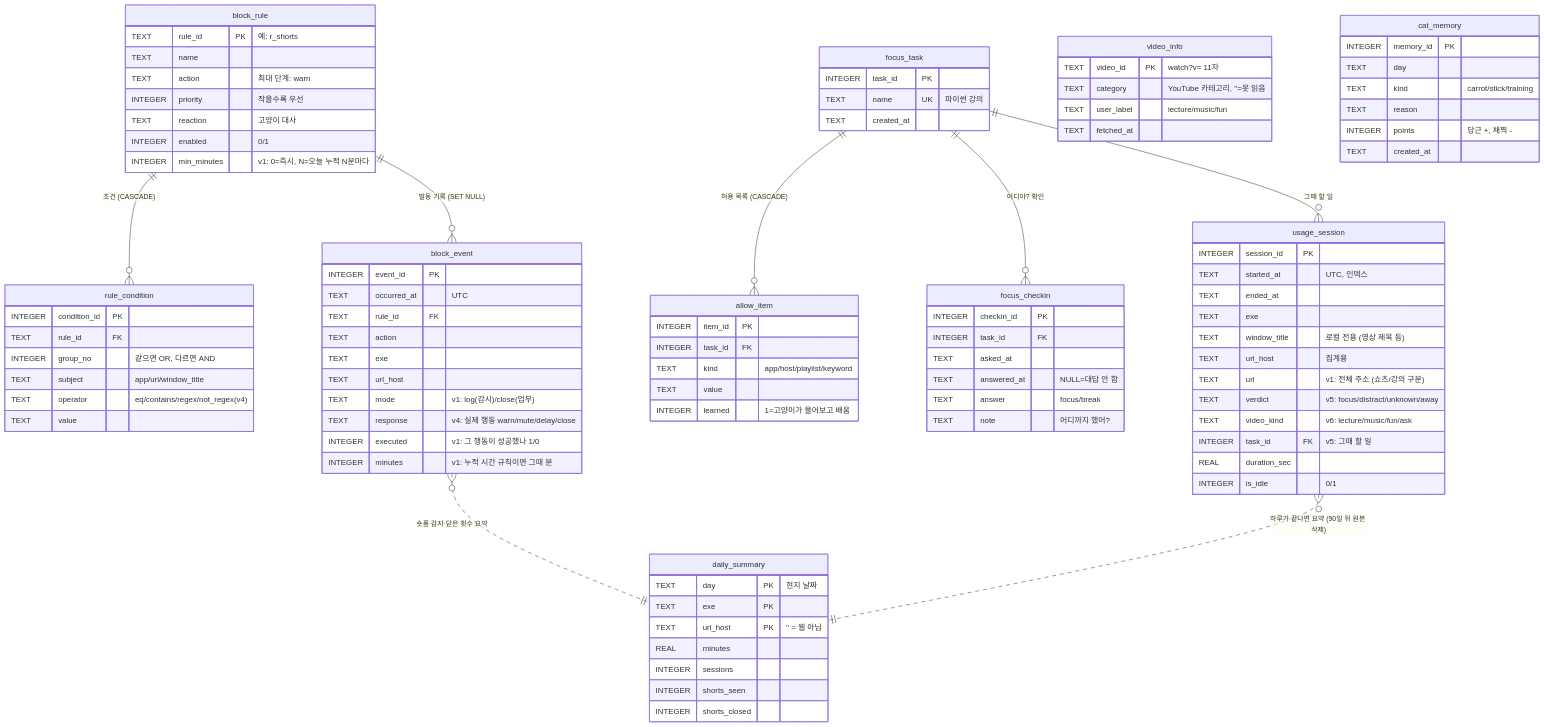
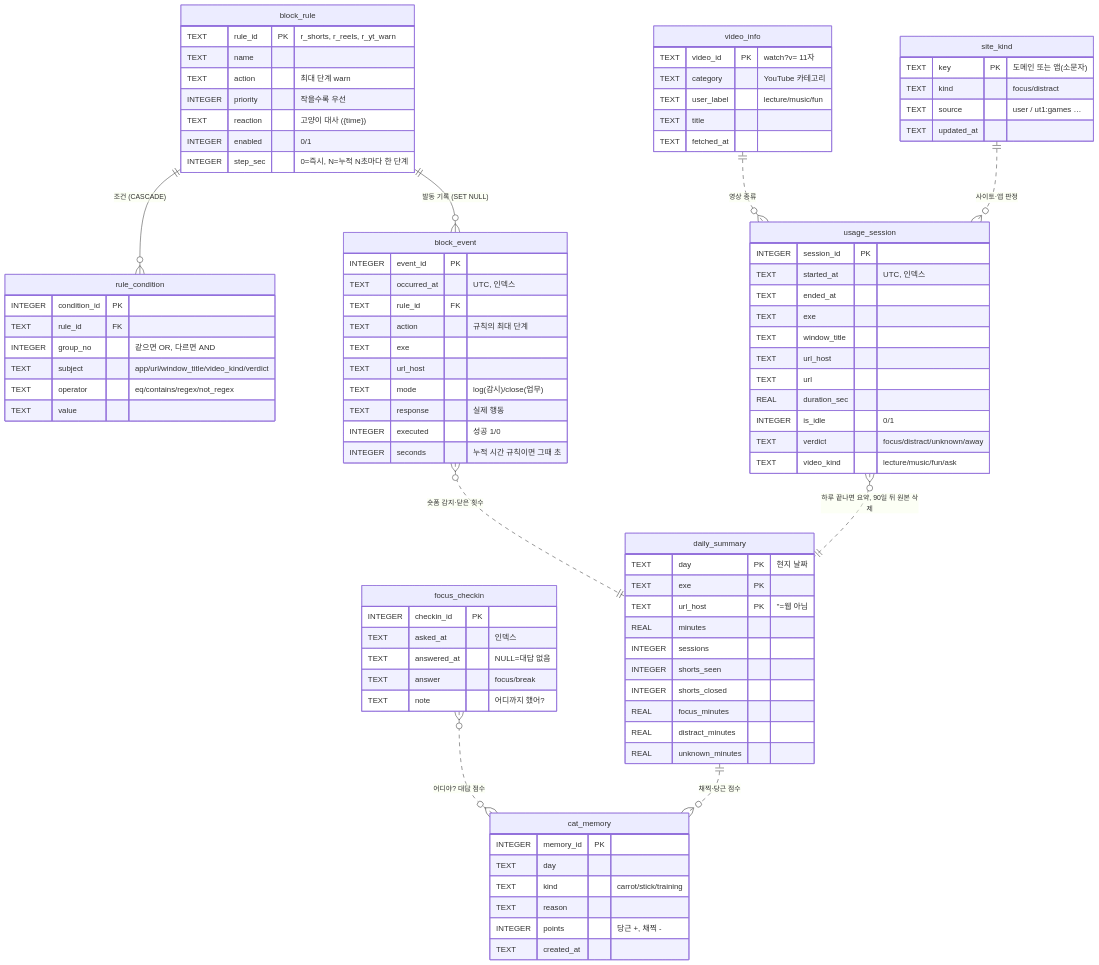
Before and after one commit to lyw012012-cpu/cat-cat: the diagram in 설계/sqlite(db설계도).md, drawn with Mermaid. The commit also changed other lines of this file and 5 other files, not shown here.

````diff
--- a/설계/sqlite(db설계도).md
+++ b/설계/sqlite(db설계도).md
@@ -10,47 +10,86 @@
 erDiagram
     block_rule ||--o{ rule_condition : "조건 (CASCADE)"
     block_rule ||--o{ block_event : "발동 기록 (SET NULL)"
-    usage_session }o..|| daily_summary : "하루가 끝나면 요약 (90일 뒤 원본 삭제)"
-    block_event }o..|| daily_summary : "숏폼 감지·닫은 횟수 요약"
+    usage_session }o..|| daily_summary : "하루 끝나면 요약, 90일 뒤 원본 삭제"
+    block_event }o..|| daily_summary : "숏폼 감지·닫은 횟수"
+    daily_summary ||..o{ cat_memory : "채찍·당근 점수"
+    focus_checkin }o..o{ cat_memory : "어디야? 대답 점수"
+    site_kind ||..o{ usage_session : "사이트·앱 판정"
+    video_info ||..o{ usage_session : "영상 종류"
 
+    block_rule {
+        TEXT rule_id PK "r_shorts, r_reels, r_yt_warn"
+        TEXT name
+        TEXT action "최대 단계 warn<mute<delay<close"
+        INTEGER priority "작을수록 우선"
+        TEXT reaction "고양이 대사 ({time})"
+        INTEGER enabled "0/1"
+        INTEGER step_sec "0=즉시, N=누적 N초마다 한 단계"
+    }
+    rule_condition {
+        INTEGER condition_id PK
+        TEXT rule_id FK
+        INTEGER group_no "같으면 OR, 다르면 AND"
+        TEXT subject "app/url/window_title/video_kind/verdict"
+        TEXT operator "eq/contains/regex/not_regex"
+        TEXT value
+    }
+    usage_session {
+        INTEGER session_id PK
+        TEXT started_at "UTC, 인덱스"
+        TEXT ended_at
+        TEXT exe
+        TEXT window_title
+        TEXT url_host
+        TEXT url
+        REAL duration_sec
+        INTEGER is_idle "0/1"
+        TEXT verdict "focus/distract/unknown/away"
+        TEXT video_kind "lecture/music/fun/ask"
+    }
+    block_event {
+        INTEGER event_id PK
+        TEXT occurred_at "UTC, 인덱스"
+        TEXT rule_id FK
+        TEXT action "규칙의 최대 단계"
+        TEXT exe
+        TEXT url_host
+        TEXT mode "log(감시)/close(업무)"
+        TEXT response "실제 행동"
+        INTEGER executed "성공 1/0"
+        INTEGER seconds "누적 시간 규칙이면 그때 초"
+    }
+    focus_checkin {
+        INTEGER checkin_id PK
+        TEXT asked_at "인덱스"
+        TEXT answered_at "NULL=대답 없음"
+        TEXT answer "focus/break"
+        TEXT note "어디까지 했어?"
+    }
+    site_kind {
+        TEXT key PK "도메인 또는 앱(소문자)"
+        TEXT kind "focus/distract"
+        TEXT source "user / ut1:games …"
+        TEXT updated_at
+    }
+    video_info {
+        TEXT video_id PK "watch?v= 11자"
+        TEXT category "YouTube 카테고리"
+        TEXT user_label "lecture/music/fun"
+        TEXT title
+        TEXT fetched_at
+    }
     daily_summary {
         TEXT day PK "현지 날짜"
         TEXT exe PK
-        TEXT url_host PK "'' = 웹 아님"
+        TEXT url_host PK "''=웹 아님"
         REAL minutes
         INTEGER sessions
         INTEGER shorts_seen
         INTEGER shorts_closed
-    }
-    focus_task ||--o{ allow_item : "허용 목록 (CASCADE)"
-    focus_task ||--o{ focus_checkin : "어디야? 확인"
-    focus_task ||--o{ usage_session : "그때 할 일"
-
-    focus_task {
-        INTEGER task_id PK
-        TEXT name UK "파이썬 강의"
-        TEXT created_at
-    }
-    allow_item {
-        INTEGER item_id PK
-        INTEGER task_id FK
-        TEXT kind "app/host/playlist/keyword"
-        TEXT value
-        INTEGER learned "1=고양이가 물어보고 배움"
-    }
-    focus_checkin {
-        INTEGER checkin_id PK
-        INTEGER task_id FK
-        TEXT asked_at
-        TEXT answered_at "NULL=대답 안 함"
-        TEXT answer "focus/break"
-        TEXT note "어디까지 했어?"
-    }
-    video_info {
-        TEXT video_id PK "watch?v= 11자"
-        TEXT category "YouTube 카테고리, ''=못 읽음"
-        TEXT user_label "lecture/music/fun"
-        TEXT fetched_at
+        REAL focus_minutes
+        REAL distract_minutes
+        REAL unknown_minutes
     }
     cat_memory {
         INTEGER memory_id PK
@@ -60,48 +99,4 @@
         INTEGER points "당근 +, 채찍 -"
         TEXT created_at
     }
-
-    block_rule {
-        TEXT rule_id PK "예: r_shorts"
-        TEXT name
-        TEXT action "최대 단계: warn<mute<delay<close"
-        INTEGER priority "작을수록 우선"
-        TEXT reaction "고양이 대사"
-        INTEGER enabled "0/1"
-        INTEGER min_minutes "v1: 0=즉시, N=오늘 누적 N분마다"
-    }
-    rule_condition {
-        INTEGER condition_id PK
-        TEXT rule_id FK
-        INTEGER group_no "같으면 OR, 다르면 AND"
-        TEXT subject "app/url/window_title"
-        TEXT operator "eq/contains/regex/not_regex(v4)"
-        TEXT value
-    }
-    block_event {
-        INTEGER event_id PK
-        TEXT occurred_at "UTC"
-        TEXT rule_id FK
-        TEXT action
-        TEXT exe
-        TEXT url_host
-        TEXT mode "v1: log(감시)/close(업무)"
-        TEXT response "v4: 실제 행동 warn/mute/delay/close"
-        INTEGER executed "v1: 그 행동이 성공했나 1/0"
-        INTEGER minutes "v1: 누적 시간 규칙이면 그때 분"
-    }
-    usage_session {
-        INTEGER session_id PK
-        TEXT started_at "UTC, 인덱스"
-        TEXT ended_at
-        TEXT exe
-        TEXT window_title "로컬 전용 (영상 제목 등)"
-        TEXT url_host "집계용"
-        TEXT url "v1: 전체 주소 (쇼츠/강의 구분)"
-        TEXT verdict "v5: focus/distract/unknown/away"
-        TEXT video_kind "v6: lecture/music/fun/ask"
-        INTEGER task_id FK "v5: 그때 할 일"
-        REAL duration_sec
-        INTEGER is_idle "0/1"
-    }
 ```
````
